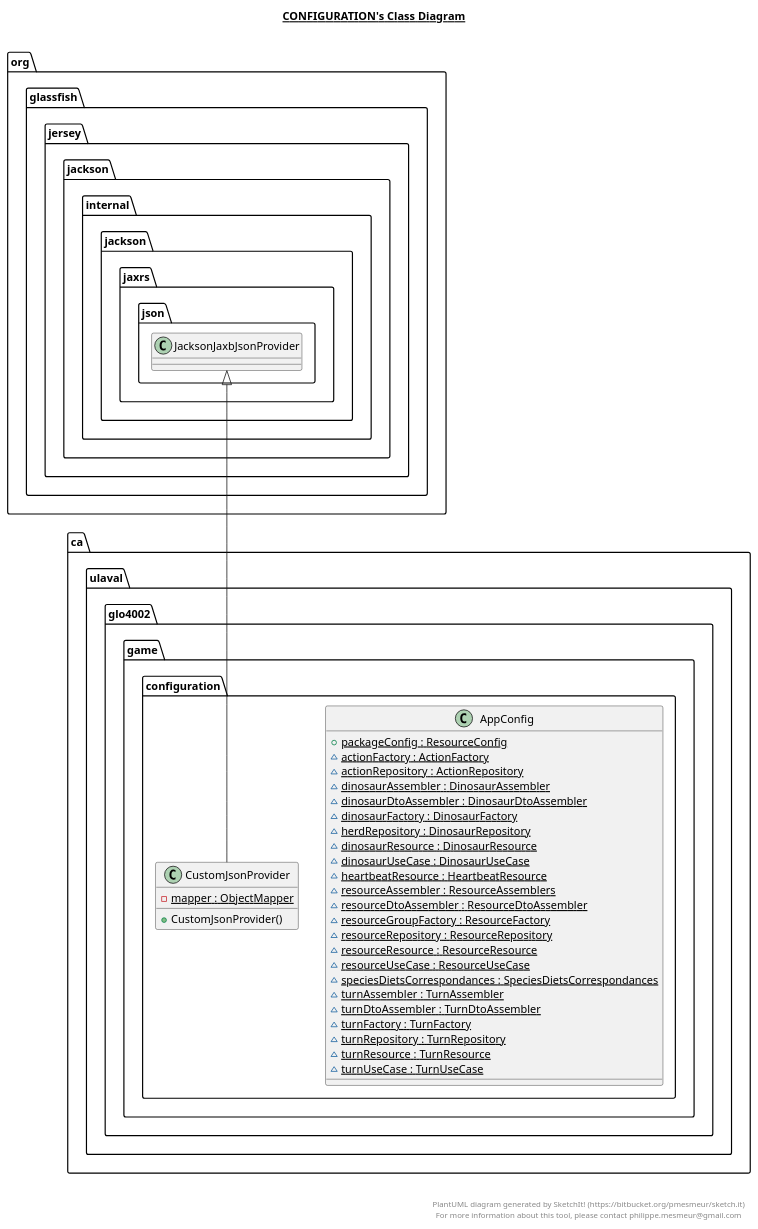
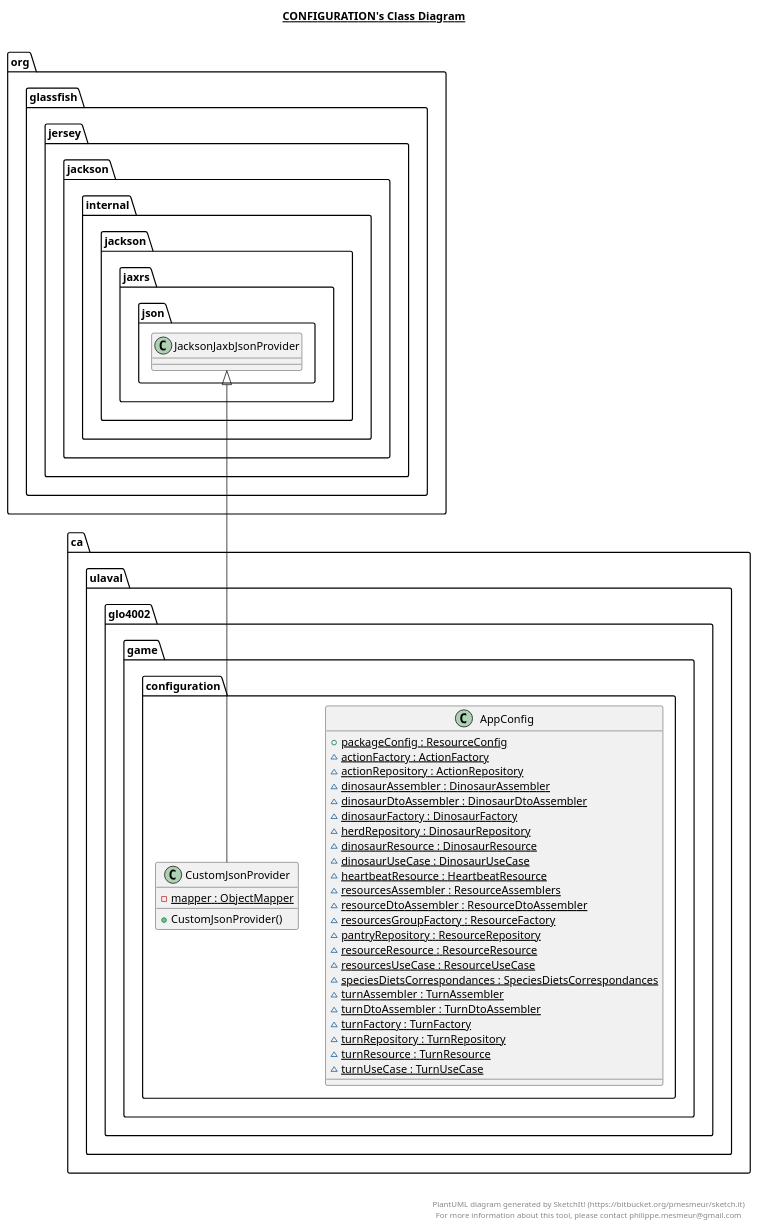
The diagram in game-api/src/main/java/ca/ulaval/glo4002/game/application/configuration/configuration.plantuml (MALEC321/MEP7), drawn with PlantUML before and after one commit. The commit also changed 32 other files, not shown here.

```diff
--- a/game-api/src/main/java/ca/ulaval/glo4002/game/application/configuration/configuration.plantuml
+++ b/game-api/src/main/java/ca/ulaval/glo4002/game/application/configuration/configuration.plantuml
@@ -1,56 +1,56 @@
 @startuml
 
 title __CONFIGURATION's Class Diagram__\n
 
     namespace ca.ulaval.glo4002.game {
       namespace configuration {
         class ca.ulaval.glo4002.game.configuration.AppConfig {
             {static} + packageConfig : ResourceConfig
             {static} ~ actionFactory : ActionFactory
             {static} ~ actionRepository : ActionRepository
             {static} ~ dinosaurAssembler : DinosaurAssembler
             {static} ~ dinosaurDtoAssembler : DinosaurDtoAssembler
             {static} ~ dinosaurFactory : DinosaurFactory
             {static} ~ herdRepository : DinosaurRepository
             {static} ~ dinosaurResource : DinosaurResource
             {static} ~ dinosaurUseCase : DinosaurUseCase
             {static} ~ heartbeatResource : HeartbeatResource
-            {static} ~ resourceAssembler : ResourceAssemblers
+            {static} ~ resourcesAssembler : ResourceAssemblers
             {static} ~ resourceDtoAssembler : ResourceDtoAssembler
-            {static} ~ resourceGroupFactory : ResourceFactory
-            {static} ~ resourceRepository : ResourceRepository
+            {static} ~ resourcesGroupFactory : ResourceFactory
+            {static} ~ pantryRepository : ResourceRepository
             {static} ~ resourceResource : ResourceResource
-            {static} ~ resourceUseCase : ResourceUseCase
+            {static} ~ resourcesUseCase : ResourceUseCase
             {static} ~ speciesDietsCorrespondances : SpeciesDietsCorrespondances
             {static} ~ turnAssembler : TurnAssembler
             {static} ~ turnDtoAssembler : TurnDtoAssembler
             {static} ~ turnFactory : TurnFactory
             {static} ~ turnRepository : TurnRepository
             {static} ~ turnResource : TurnResource
             {static} ~ turnUseCase : TurnUseCase
         }
       }
     }
   
 
     namespace ca.ulaval.glo4002.game {
       namespace configuration {
         class ca.ulaval.glo4002.game.configuration.CustomJsonProvider {
             {static} - mapper : ObjectMapper
             + CustomJsonProvider()
         }
       }
     }
   
 
   ca.ulaval.glo4002.game.configuration.CustomJsonProvider -up-|> org.glassfish.jersey.jackson.internal.jackson.jaxrs.json.JacksonJaxbJsonProvider
 
 
 right footer
 
 
 PlantUML diagram generated by SketchIt! (https://bitbucket.org/pmesmeur/sketch.it)
 For more information about this tool, please contact philippe.mesmeur@gmail.com
 endfooter
 
 @enduml
```
